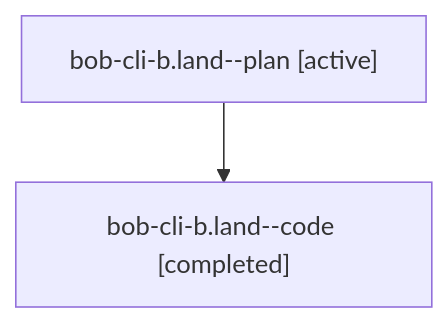
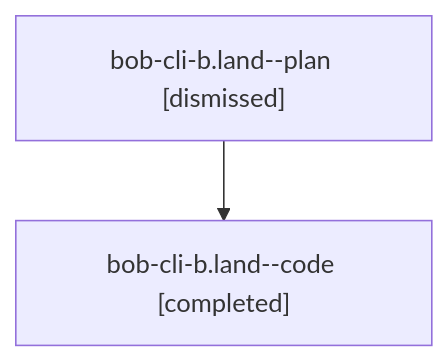
One commit to bobs-org/bob-cli--agents changed the diagram in sessions/bbugyi200.athena.bob-cli-b.land.md. Above: the diagram before and after it, drawn with Mermaid. The commit also changed other lines of this file and 130 other files, not shown here.

````diff
--- a/sessions/bbugyi200.athena.bob-cli-b.land.md
+++ b/sessions/bbugyi200.athena.bob-cli-b.land.md
@@ -9,6 +9,6 @@
 ```mermaid
 flowchart TD
-  n0["bob-cli-b.land--plan [active]"]
+  n0["bob-cli-b.land--plan [dismissed]"]
   n1["bob-cli-b.land--code [completed]"]
   n0 --> n1
 ```
````
